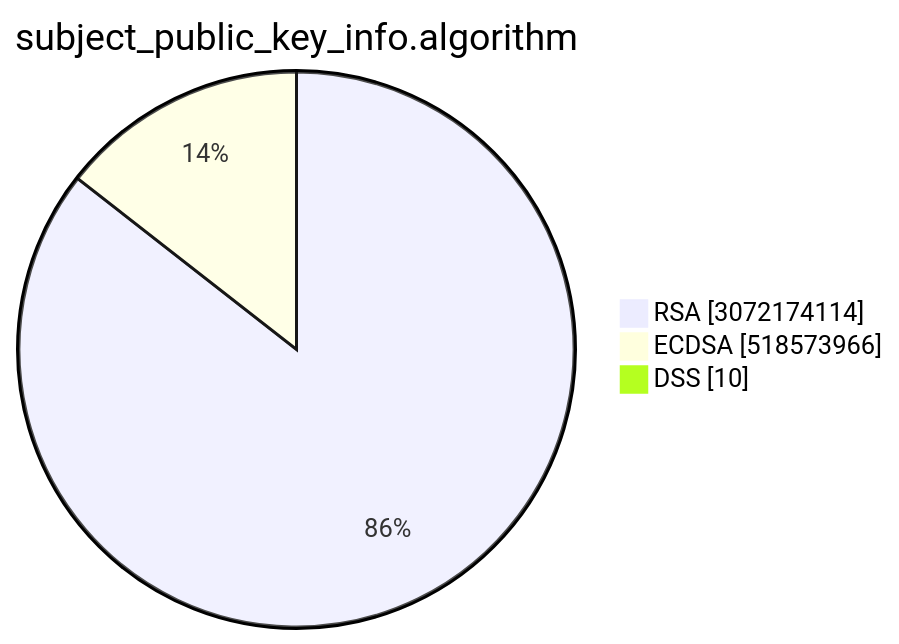
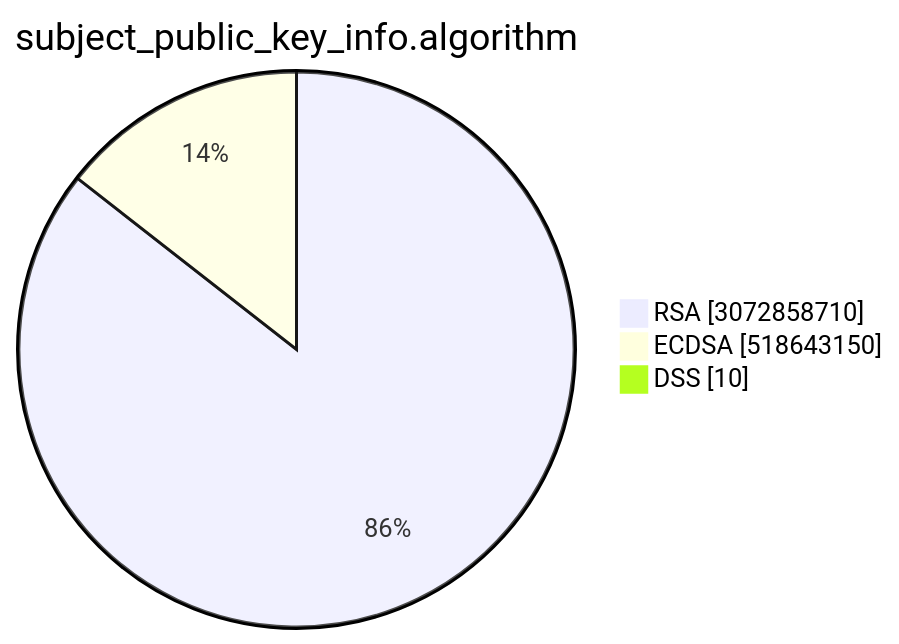
Before and after one commit to christiankrug/ctmonitor_visualization: the second of 15 diagrams in TOTAL/README.md, drawn with Mermaid. The commit also changed other lines of this file, not shown here.

````diff
--- a/TOTAL/README.md
+++ b/TOTAL/README.md
@@ -6,7 +6,7 @@
 ```mermaid
 pie showData
 title subject_public_key_info.algorithm
-"RSA" :3072174114
-"ECDSA" :518573966
+"RSA" :3072858710
+"ECDSA" :518643150
 "DSS" :10
 ```
````
